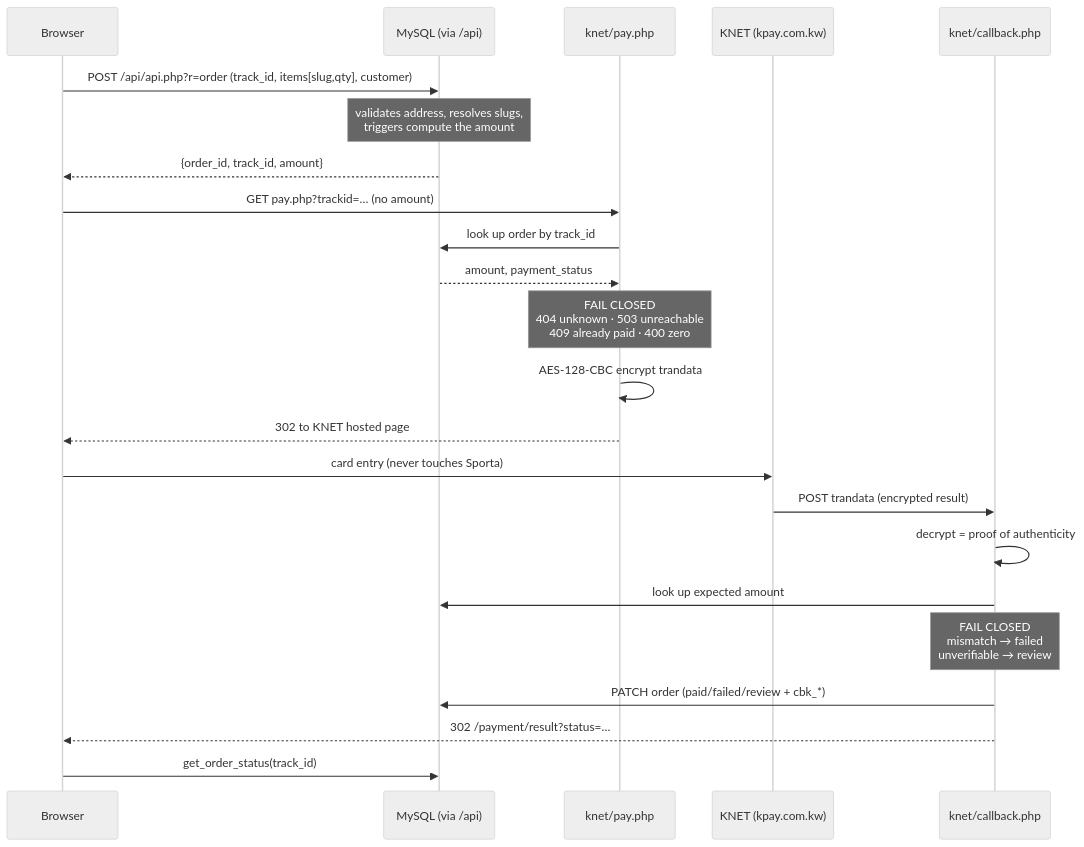
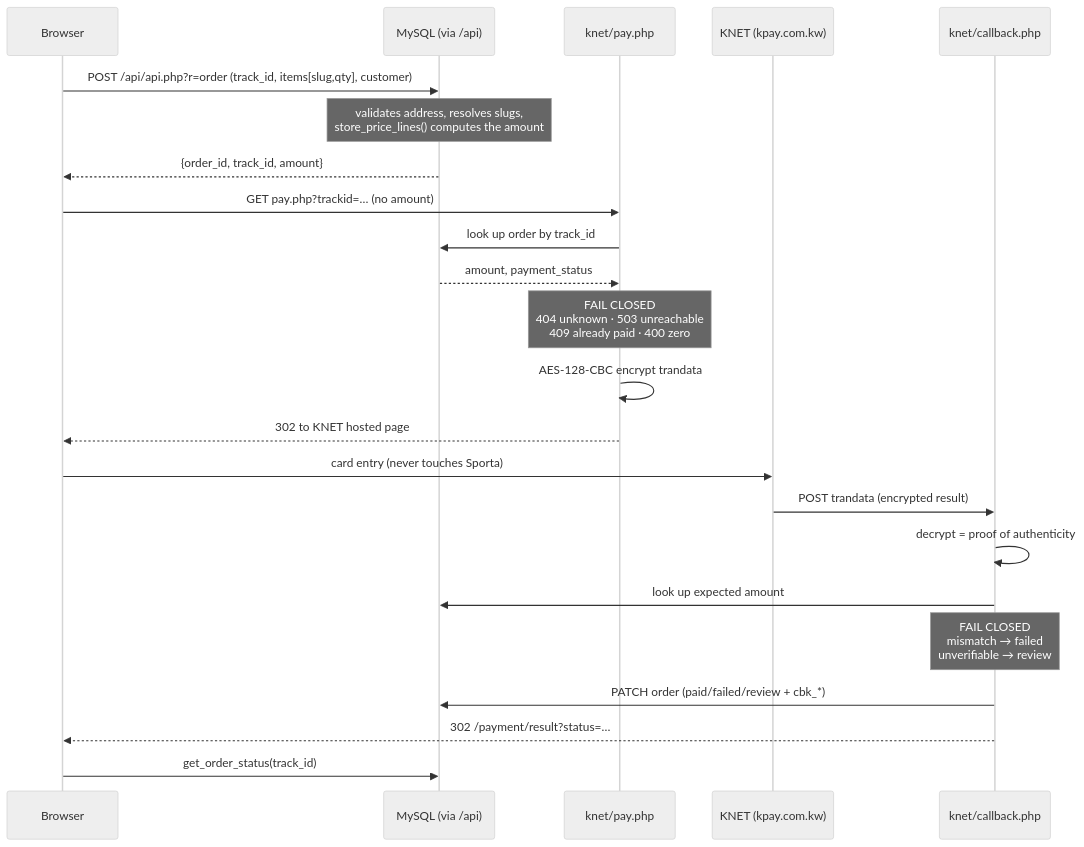
One commit to hkspower/wain changed the diagram in KNET.md. Above: the diagram before and after it, drawn with Mermaid (neutral theme). The commit also changed other lines of this file and 6 other files, not shown here.

````diff
--- a/KNET.md
+++ b/KNET.md
@@ -39,26 +39,26 @@
 ```mermaid
 sequenceDiagram
     participant B as Browser
     participant DB as MySQL (via /api)
     participant P as knet/pay.php
     participant K as KNET (kpay.com.kw)
     participant C as knet/callback.php
 
     B->>DB: POST /api/api.php?r=order (track_id, items[slug,qty], customer)
-    Note over DB: validates address, resolves slugs,<br/>triggers compute the amount
+    Note over DB: validates address, resolves slugs,<br/>store_price_lines() computes the amount
     DB-->>B: {order_id, track_id, amount}
     B->>P: GET pay.php?trackid=…   (no amount)
     P->>DB: look up order by track_id
     DB-->>P: amount, payment_status
     Note over P: FAIL CLOSED<br/>404 unknown · 503 unreachable<br/>409 already paid · 400 zero
     P->>P: AES-128-CBC encrypt trandata
     P-->>B: 302 to KNET hosted page
     B->>K: card entry (never touches Sporta)
     K->>C: POST trandata (encrypted result)
     C->>C: decrypt = proof of authenticity
     C->>DB: look up expected amount
     Note over C: FAIL CLOSED<br/>mismatch → failed<br/>unverifiable → review
     C->>DB: PATCH order (paid/failed/review + cbk_*)
     C-->>B: 302 /payment/result?status=…
     B->>DB: get_order_status(track_id)
 ```
````
